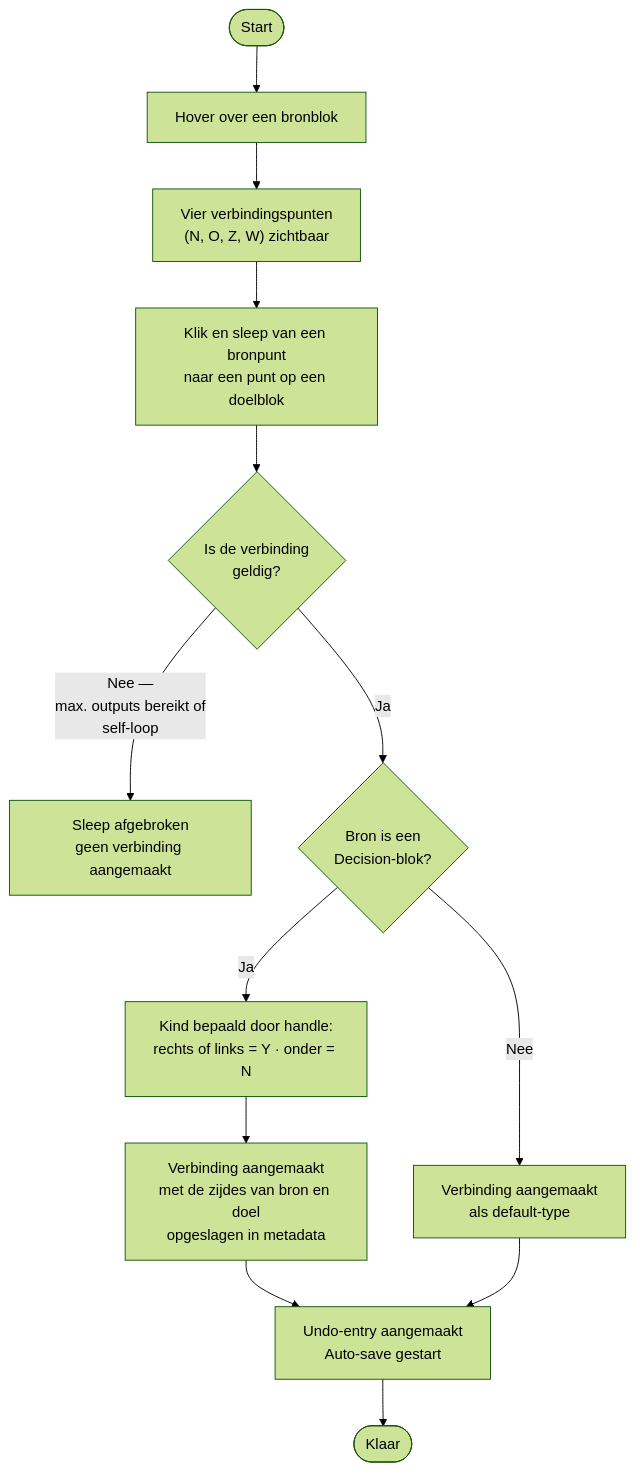
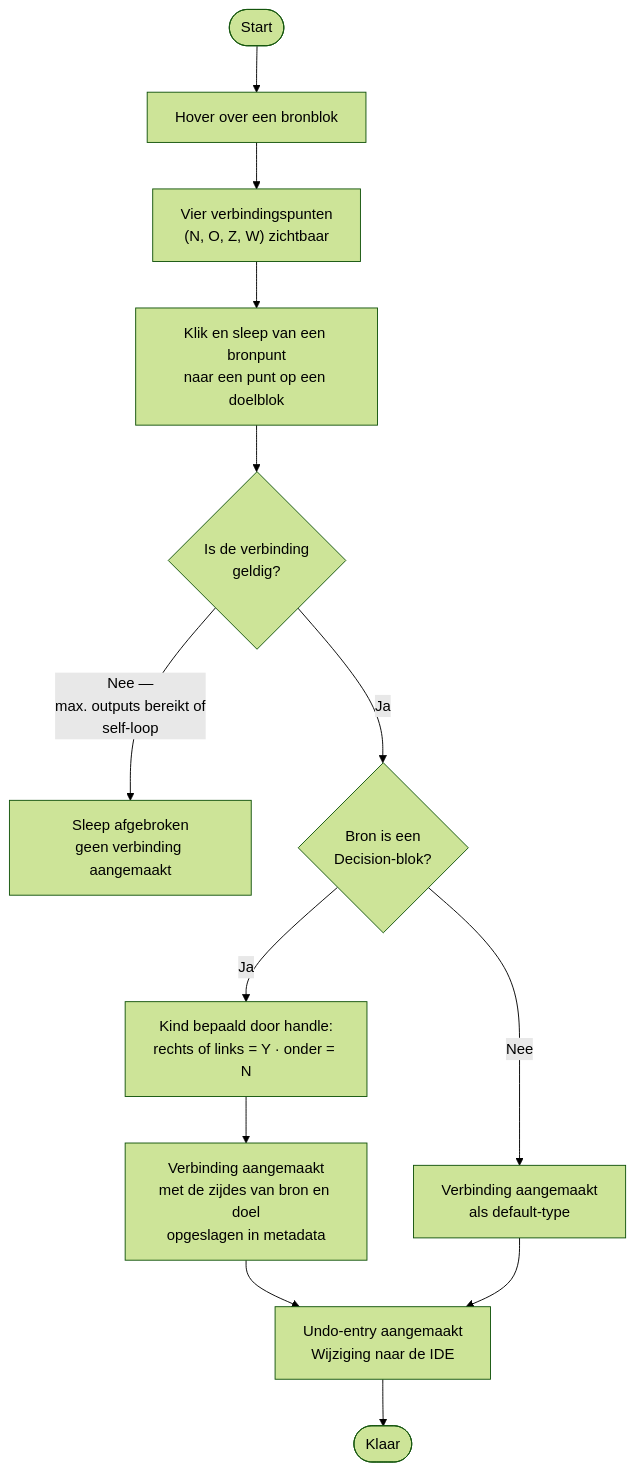
The ninth of 18 diagrams in docs/USERFLOWS.md (GRJX/mmd-flowchart), drawn with Mermaid (forest theme) before and after one commit. The commit also changed other lines of this file and 36 other files, not shown here.

First line of the commit message:
feat: add MMD Flowchart extension for VS Code

````diff
--- a/docs/USERFLOWS.md
+++ b/docs/USERFLOWS.md
@@ -192,15 +188,15 @@
 ```mermaid
 flowchart TD
     A([Start]) --> B[Hover over een bronblok]
     B --> C["Vier verbindingspunten<br>(N, O, Z, W) zichtbaar"]
     C --> D["Klik en sleep van een bronpunt<br>naar een punt op een doelblok"]
     D --> E{"Is de verbinding<br>geldig?"}
     E -- "Nee —<br>max. outputs bereikt of<br>self-loop" --> F["Sleep afgebroken<br>geen verbinding aangemaakt"]
     E -- Ja --> G{"Bron is een<br>Decision-blok?"}
     G -- Ja --> H["Kind bepaald door handle:<br>rechts of links = Y · onder = N"]
     H --> I["Verbinding aangemaakt<br>met de zijdes van bron en doel<br>opgeslagen in metadata"]
     G -- Nee --> J["Verbinding aangemaakt<br>als default-type"]
-    I --> K["Undo-entry aangemaakt<br>Auto-save gestart"]
+    I --> K["Undo-entry aangemaakt<br>Wijziging naar de IDE"]
     J --> K
     K --> L([Klaar])
 ```
````
